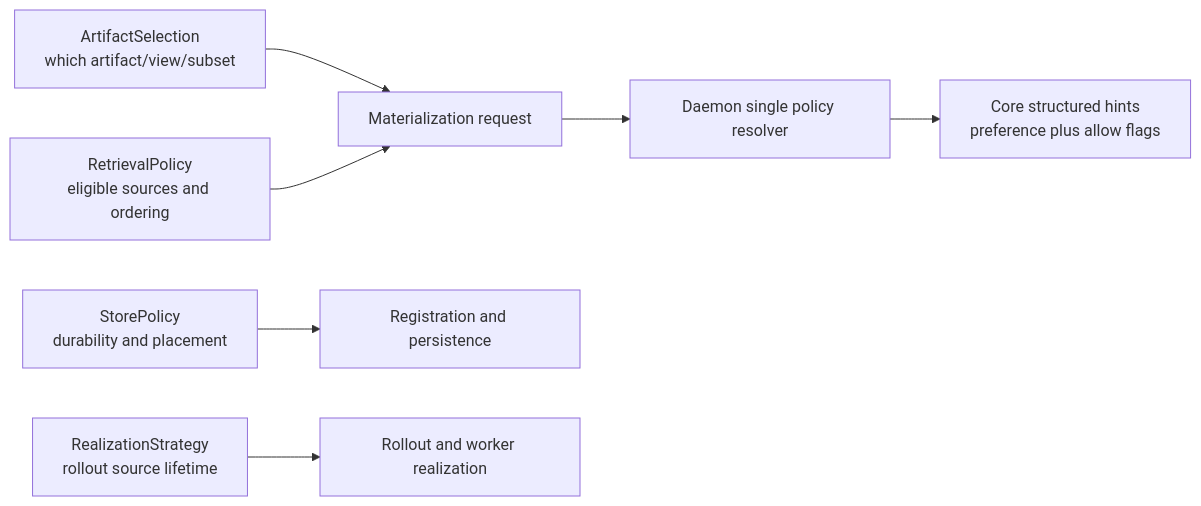
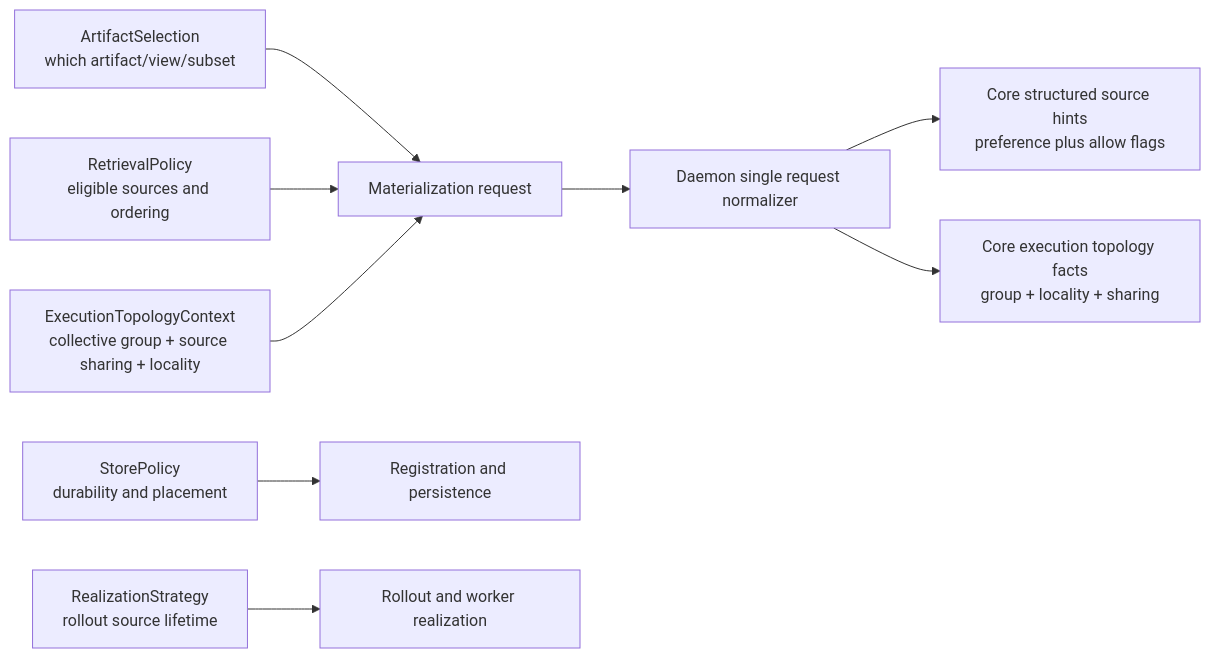
One commit to tensorcast-ai/tensorcast changed the diagram in docs/designs/0107-retrieval-policy-plane-cleanup.md. Above: the diagram before and after it, drawn with Mermaid. The commit also changed other lines of this file and 53 other files, not shown here.

````diff
--- a/docs/designs/0107-retrieval-policy-plane-cleanup.md
+++ b/docs/designs/0107-retrieval-policy-plane-cleanup.md
@@ -138,9 +206,11 @@
 ```mermaid
 flowchart LR
   A["ArtifactSelection<br>which artifact/view/subset"] --> E["Materialization request"]
   B["StorePolicy<br>durability and placement"] --> F["Registration and persistence"]
   C["RetrievalPolicy<br>eligible sources and ordering"] --> E
-  D["RealizationStrategy<br>rollout source lifetime"] --> G["Rollout and worker realization"]
-  E --> H["Daemon single policy resolver"]
-  H --> I["Core structured hints<br>preference plus allow flags"]
+  D["ExecutionTopologyContext<br>collective group + source sharing + locality"] --> E
+  G["RealizationStrategy<br>rollout source lifetime"] --> H["Rollout and worker realization"]
+  E --> I["Daemon single request normalizer"]
+  I --> J["Core structured source hints<br>preference plus allow flags"]
+  I --> K["Core execution topology facts<br>group + locality + sharing"]
 ```
````
